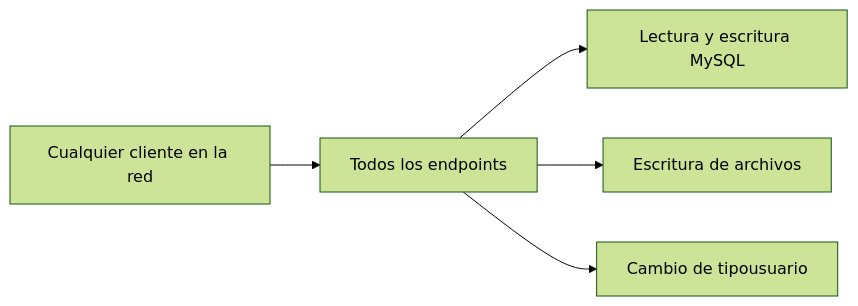
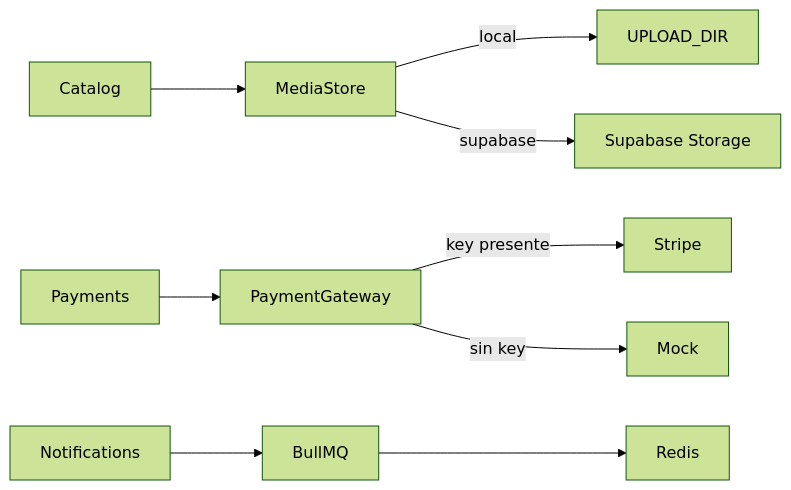
The fourth of 5 diagrams in docs/04-CONEXIONES.md (julianmeoficial/minimalecommerceapi), drawn with Mermaid (forest theme) before and after one commit. The commit also changed other lines of this file and 19 other files, not shown here.

````diff
--- a/docs/04-CONEXIONES.md
+++ b/docs/04-CONEXIONES.md
@@ -86,8 +62,10 @@
 ```mermaid
 flowchart LR
-  Anyone["Cualquier cliente en la red"]
-  Anyone --> AllApi["Todos los endpoints"]
-  AllApi --> DB["Lectura y escritura MySQL"]
-  AllApi --> Files["Escritura de archivos"]
-  AllApi --> Roles["Cambio de tipousuario"]
+  Catalog --> Media["MediaStore"]
+  Media -->|local| FS["UPLOAD_DIR"]
+  Media -->|supabase| SB["Supabase Storage"]
+  Payments --> GW["PaymentGateway"]
+  GW -->|key presente| Stripe
+  GW -->|sin key| Mock
+  Notifications --> BullMQ --> Redis
 ```
````
